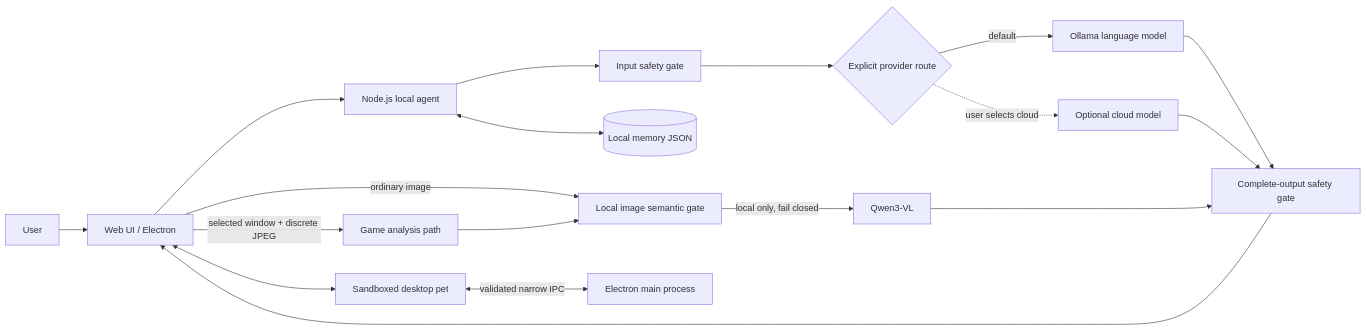
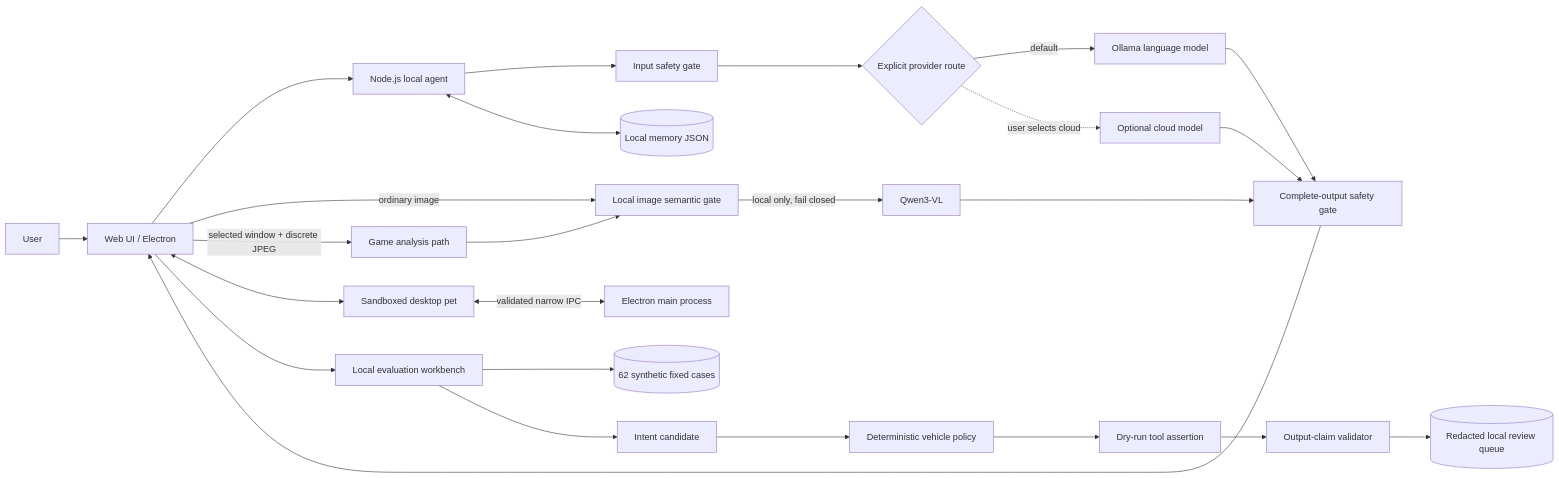
Before and after one commit to hali0020/aifriend: the diagram in README.md, drawn with Mermaid. The commit also changed other lines of this file and 28 other files, not shown here.

Commit message:
feat: add automotive LLM evaluation workbench

````diff
--- a/README.md
+++ b/README.md
@@ -80,22 +82,30 @@
 ```mermaid
 flowchart LR
     U[User] --> UI[Web UI / Electron]
     UI --> API[Node.js local agent]
     API --> IN[Input safety gate]
     IN --> ROUTER{Explicit provider route}
     ROUTER -->|default| OLLAMA[Ollama language model]
     ROUTER -.->|user selects cloud| CLOUD[Optional cloud model]
     OLLAMA --> OUT[Complete-output safety gate]
     CLOUD --> OUT
     OUT --> UI
 
     UI -->|ordinary image| IMG[Local image semantic gate]
     UI -->|selected window + discrete JPEG| GAME[Game analysis path]
     GAME --> IMG
     IMG -->|local only, fail closed| VLM[Qwen3-VL]
     VLM --> OUT
 
     API <--> MEMORY[(Local memory JSON)]
     UI <--> PET[Sandboxed desktop pet]
     PET <-->|validated narrow IPC| MAIN[Electron main process]
+
+    UI --> EVAL[Local evaluation workbench]
+    EVAL --> SET[(62 synthetic fixed cases)]
+    EVAL --> INTENT[Intent candidate]
+    INTENT --> POLICY[Deterministic vehicle policy]
+    POLICY --> DRY[Dry-run tool assertion]
+    DRY --> CLAIM[Output-claim validator]
+    CLAIM --> REVIEW[(Redacted local review queue)]
 ```
````
